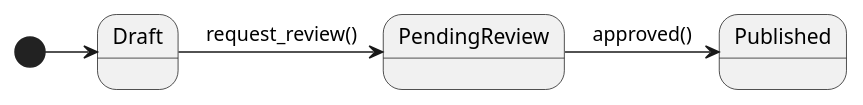
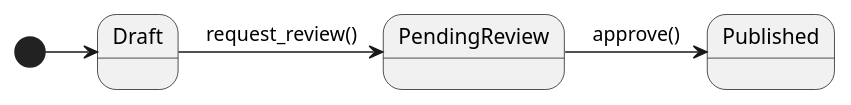
The diagram in slides/plantuml/state-activity.puml (GtTmy/trpl-slides), drawn with PlantUML before and after one commit. The commit also changed 2 other files, not shown here.

```diff
--- a/slides/plantuml/state-activity.puml
+++ b/slides/plantuml/state-activity.puml
@@ -1,7 +1,7 @@
 @startuml 
 
 [*] -right-> Draft
 Draft -right-> PendingReview: request_review()
-PendingReview -right-> Published: approved()
+PendingReview -right-> Published: approve()
 
 @enduml
```
